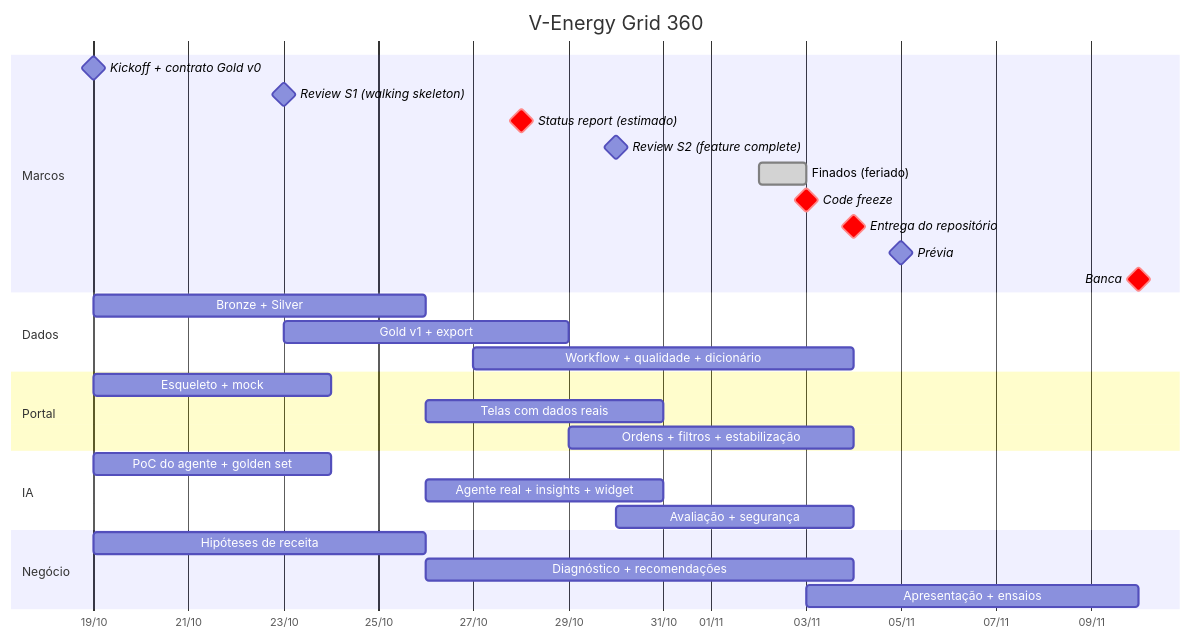
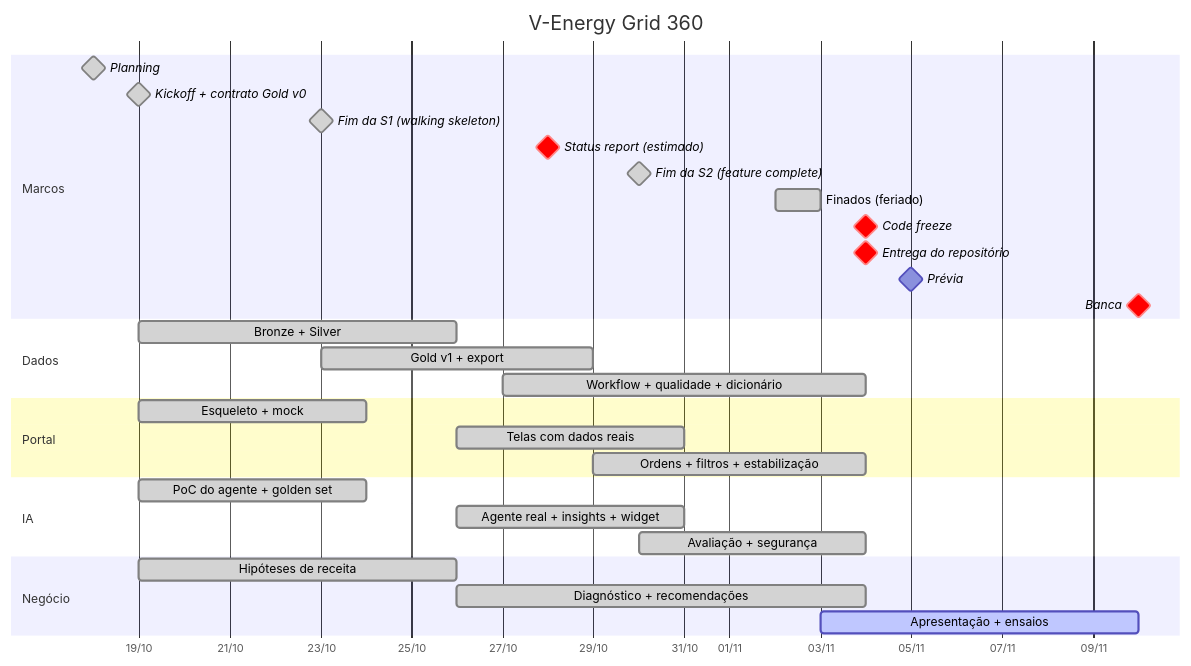
The first of 2 diagrams in docs/planejamento.md (felipe-matias-dev/404-GhostNotFound), drawn with Mermaid before and after one commit. The commit also changed other lines of this file and 20 other files, not shown here.

````diff
--- a/docs/planejamento.md
+++ b/docs/planejamento.md
@@ -54,32 +63,33 @@
 ```mermaid
 gantt
   dateFormat YYYY-MM-DD
   axisFormat %d/%m
   title V-Energy Grid 360
   section Marcos
-  Kickoff + contrato Gold v0         :milestone, 2026-10-19, 0d
-  Review S1 (walking skeleton)        :milestone, 2026-10-23, 0d
+  Planning                            :done, milestone, 2026-10-18, 0d
+  Kickoff + contrato Gold v0         :done, milestone, 2026-10-19, 0d
+  Fim da S1 (walking skeleton)        :done, milestone, 2026-10-23, 0d
   Status report (estimado)            :crit, milestone, 2026-10-28, 0d
-  Review S2 (feature complete)        :milestone, 2026-10-30, 0d
+  Fim da S2 (feature complete)        :done, milestone, 2026-10-30, 0d
   Finados (feriado)                   :done, 2026-11-02, 1d
-  Code freeze                         :crit, milestone, 2026-11-03, 0d
+  Code freeze                         :crit, milestone, 2026-11-04, 0d
   Entrega do repositório              :crit, milestone, 2026-11-04, 0d
   Prévia                              :milestone, 2026-11-05, 0d
   Banca                               :crit, milestone, 2026-11-10, 0d
   section Dados
-  Bronze + Silver                     :d1, 2026-10-19, 7d
-  Gold v1 + export                    :d2, 2026-10-23, 6d
-  Workflow + qualidade + dicionário   :d3, 2026-10-27, 8d
+  Bronze + Silver                     :done, d1, 2026-10-19, 7d
+  Gold v1 + export                    :done, d2, 2026-10-23, 6d
+  Workflow + qualidade + dicionário   :done, d3, 2026-10-27, 8d
   section Portal
-  Esqueleto + mock                    :v1, 2026-10-19, 5d
-  Telas com dados reais               :v2, 2026-10-26, 5d
-  Ordens + filtros + estabilização    :v3, 2026-10-29, 6d
+  Esqueleto + mock                    :done, v1, 2026-10-19, 5d
+  Telas com dados reais               :done, v2, 2026-10-26, 5d
+  Ordens + filtros + estabilização    :done, v3, 2026-10-29, 6d
   section IA
-  PoC do agente + golden set          :g1, 2026-10-19, 5d
-  Agente real + insights + widget     :g2, 2026-10-26, 5d
-  Avaliação + segurança               :g3, 2026-10-30, 5d
+  PoC do agente + golden set          :done, g1, 2026-10-19, 5d
+  Agente real + insights + widget     :done, g2, 2026-10-26, 5d
+  Avaliação + segurança               :done, g3, 2026-10-30, 5d
   section Negócio
-  Hipóteses de receita                :n1, 2026-10-19, 7d
-  Diagnóstico + recomendações         :n2, 2026-10-26, 9d
-  Apresentação + ensaios              :n3, 2026-11-03, 7d
+  Hipóteses de receita                :done, n1, 2026-10-19, 7d
+  Diagnóstico + recomendações         :done, n2, 2026-10-26, 9d
+  Apresentação + ensaios              :active, n3, 2026-11-03, 7d
 ```
````
